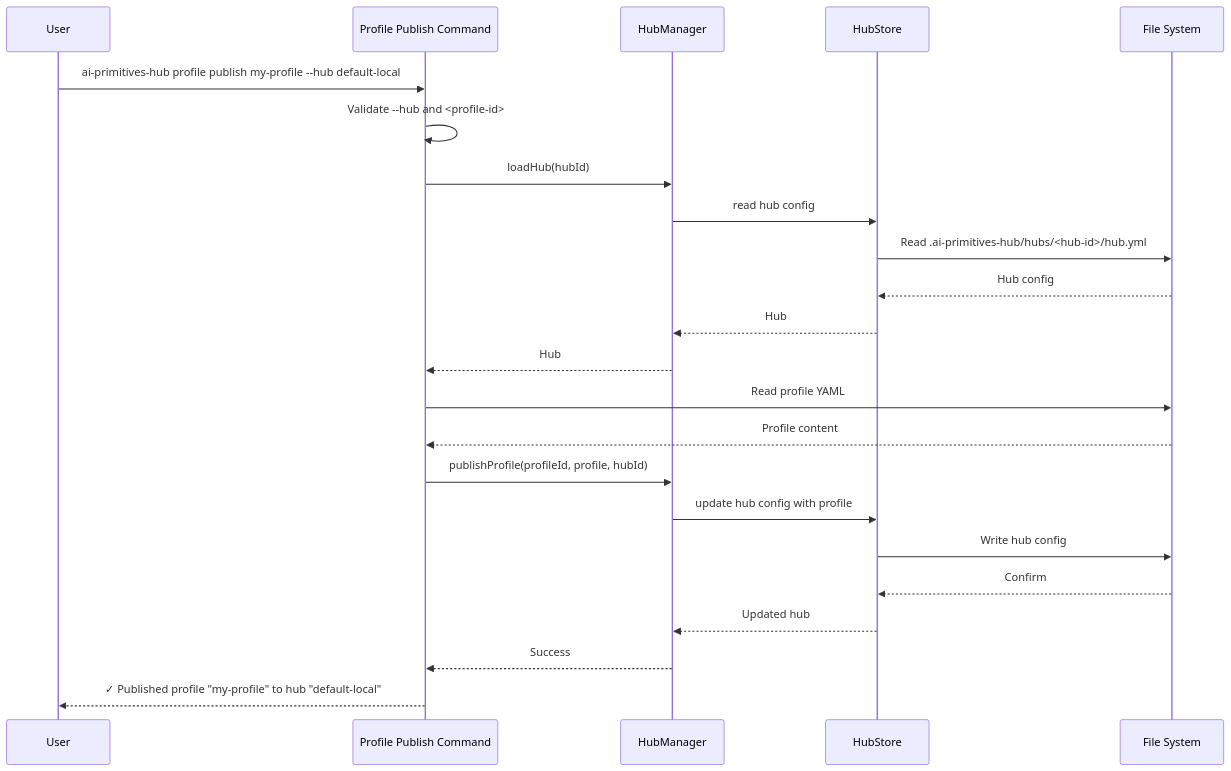
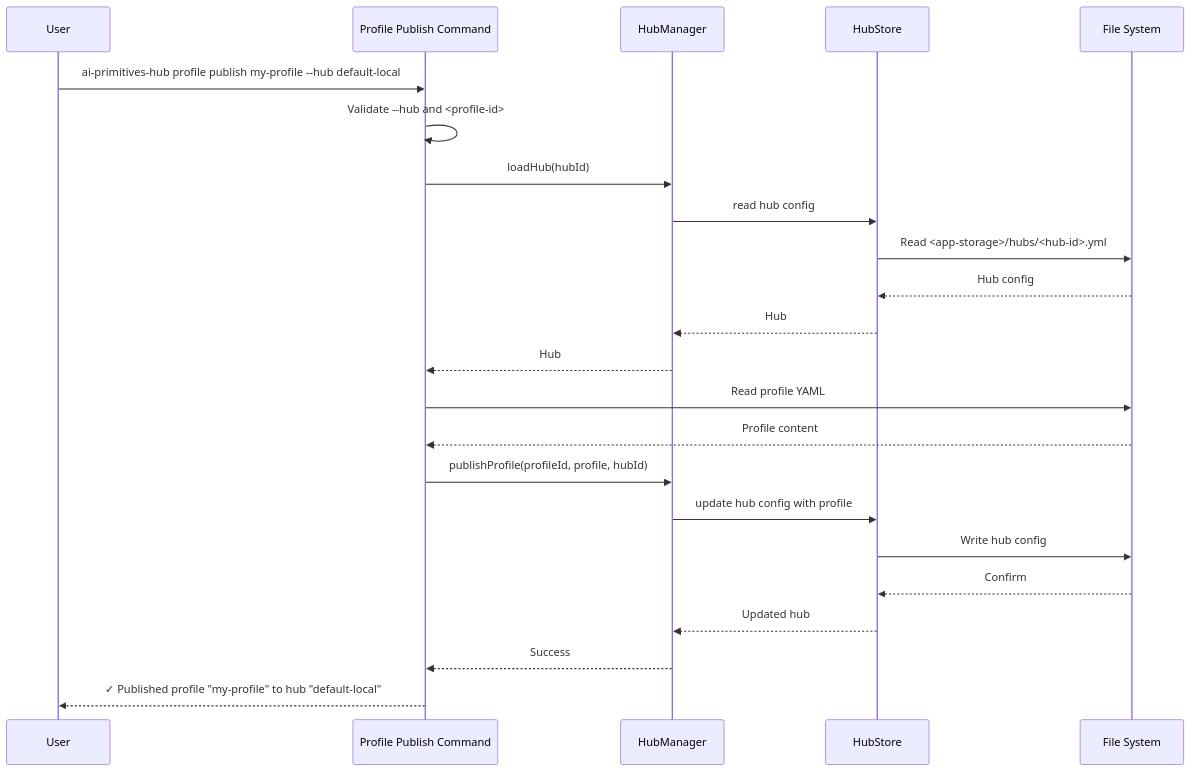
The sixth of 8 diagrams in docs/contributor-guide/architecture/library-centric-architecture/data-flow.md (AmadeusITGroup/ai-primitives-hub), drawn with Mermaid before and after one commit. The commit also changed 23 other files, not shown here.

First line of the commit message:
docs: align architecture and Hub guidance with current code (#406)

````diff
--- a/docs/contributor-guide/architecture/library-centric-architecture/data-flow.md
+++ b/docs/contributor-guide/architecture/library-centric-architecture/data-flow.md
@@ -226,30 +226,30 @@
 ```mermaid
 sequenceDiagram
     participant User
     participant CLI as Profile Publish Command
     participant HubMgr as HubManager
     participant HubStore as HubStore
     participant FS as File System
 
     User->>CLI: ai-primitives-hub profile publish my-profile --hub default-local
     CLI->>CLI: Validate --hub and <profile-id>
 
     CLI->>HubMgr: loadHub(hubId)
     HubMgr->>HubStore: read hub config
-    HubStore->>FS: Read .ai-primitives-hub/hubs/<hub-id>/hub.yml
+    HubStore->>FS: Read <app-storage>/hubs/<hub-id>.yml
     FS-->>HubStore: Hub config
     HubStore-->>HubMgr: Hub
     HubMgr-->>CLI: Hub
 
     CLI->>FS: Read profile YAML
     FS-->>CLI: Profile content
 
     CLI->>HubMgr: publishProfile(profileId, profile, hubId)
     HubMgr->>HubStore: update hub config with profile
     HubStore->>FS: Write hub config
     FS-->>HubStore: Confirm
     HubStore-->>HubMgr: Updated hub
     HubMgr-->>CLI: Success
 
     CLI-->>User: ✓ Published profile "my-profile" to hub "default-local"
 ```
````
